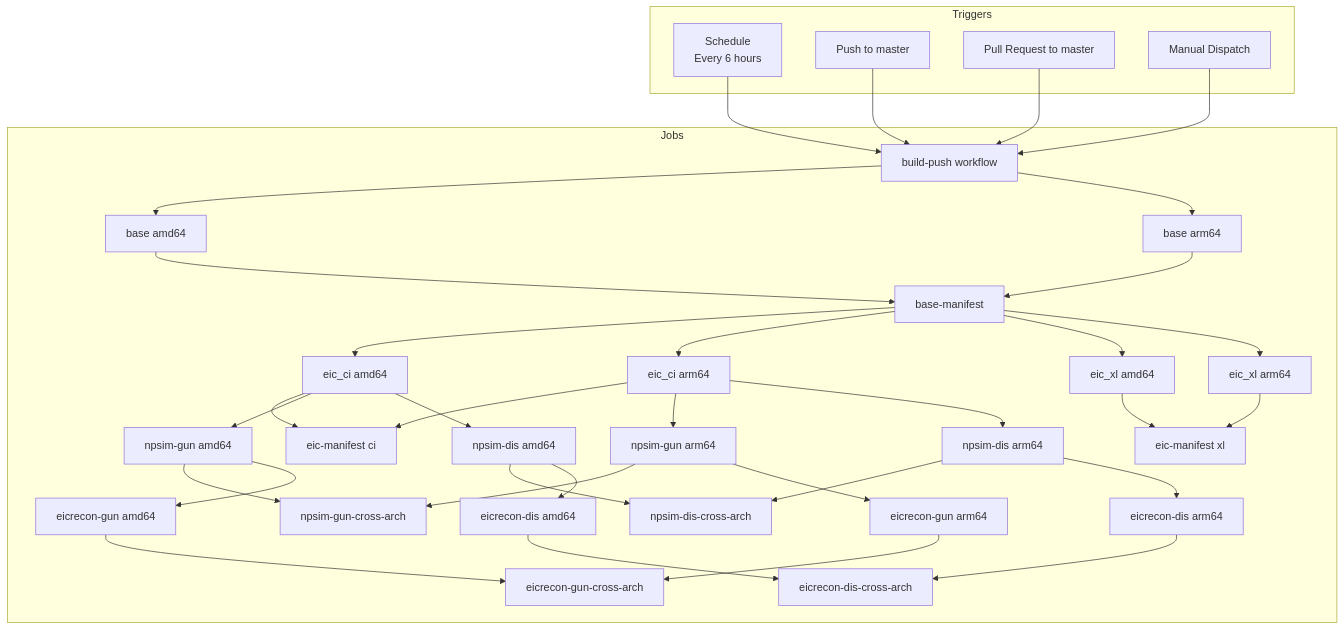
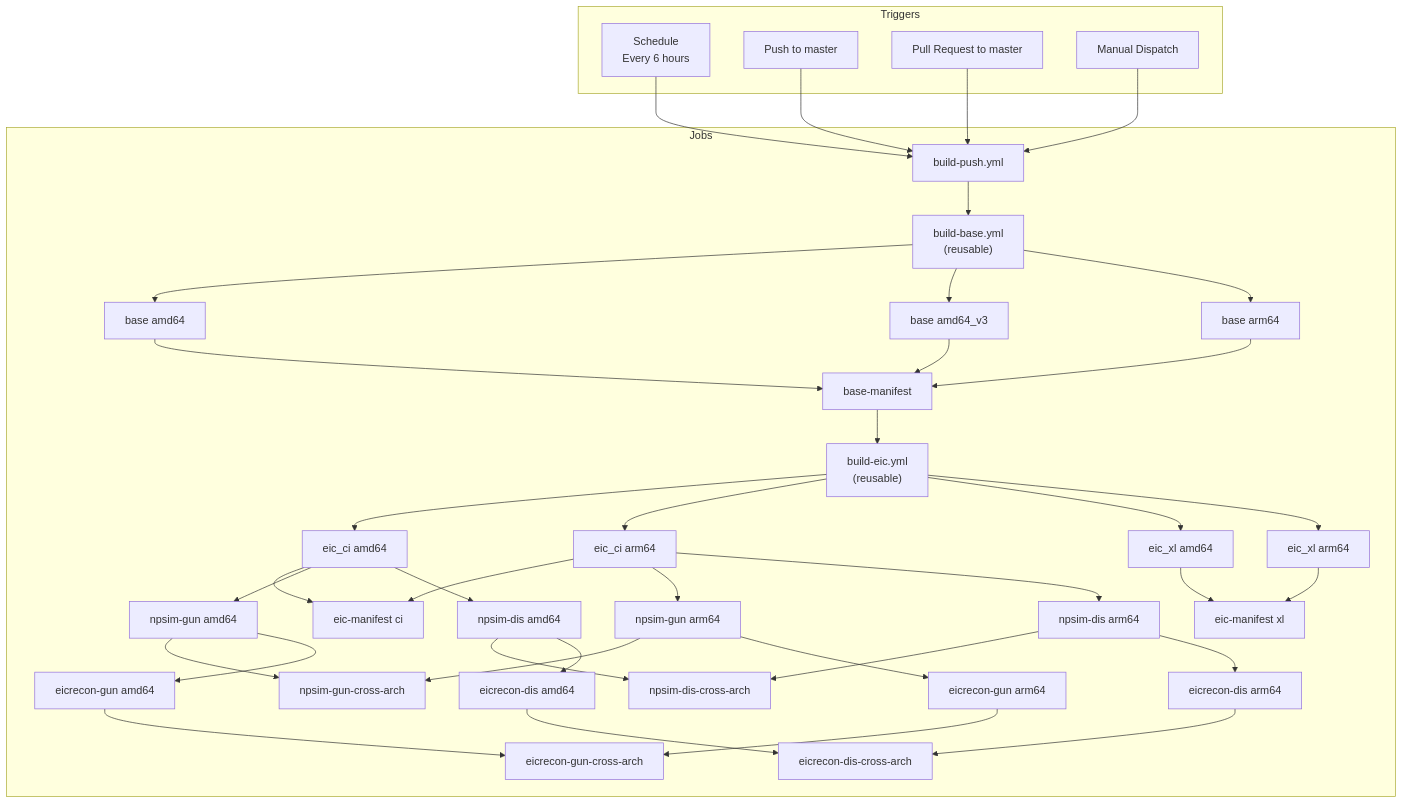
The first of 4 diagrams in docs/build-pipeline.md (eic/containers), drawn with Mermaid before and after one commit. The commit also changed other lines of this file and 3 other files, not shown here.

````diff
--- a/docs/build-pipeline.md
+++ b/docs/build-pipeline.md
@@ -7,40 +16,43 @@
 ```mermaid
 flowchart TB
     subgraph "Triggers"
         T1[Schedule<br/>Every 6 hours]
         T2[Push to master]
         T3[Pull Request to master]
         T4[Manual Dispatch]
     end
 
-    T1 & T2 & T3 & T4 --> W[build-push workflow]
+    T1 & T2 & T3 & T4 --> W[build-push.yml]
 
     subgraph "Jobs"
-        W --> B1[base amd64]
-        W --> B2[base arm64]
-        B1 & B2 --> BM[base-manifest]
-        BM --> E1[eic_ci amd64]
-        BM --> E2[eic_ci arm64]
-        BM --> E3[eic_xl amd64]
-        BM --> E4[eic_xl arm64]
+        W --> RB["build-base.yml<br/>(reusable)"]
+        RB --> B1[base amd64]
+        RB --> B0[base amd64_v3]
+        RB --> B2[base arm64]
+        B1 & B0 & B2 --> BM[base-manifest]
+        BM --> RE["build-eic.yml<br/>(reusable)"]
+        RE --> E1[eic_ci amd64]
+        RE --> E2[eic_ci arm64]
+        RE --> E3[eic_xl amd64]
+        RE --> E4[eic_xl arm64]
         E1 & E2 --> EM1[eic-manifest ci]
         E3 & E4 --> EM2[eic-manifest xl]
 
         %% Parallel smoke test execution
         E1 --> N1[npsim-gun amd64]
         E2 --> N2[npsim-gun arm64]
         E1 --> D1[npsim-dis amd64]
         E2 --> D2[npsim-dis arm64]
 
         N1 & N2 --> NC[npsim-gun-cross-arch]
         D1 & D2 --> DC[npsim-dis-cross-arch]
 
         N1 --> R1[eicrecon-gun amd64]
         N2 --> R2[eicrecon-gun arm64]
         D1 --> RD1[eicrecon-dis amd64]
         D2 --> RD2[eicrecon-dis arm64]
 
         R1 & R2 --> RC[eicrecon-gun-cross-arch]
         RD1 & RD2 --> RDC[eicrecon-dis-cross-arch]
     end
 ```
````
